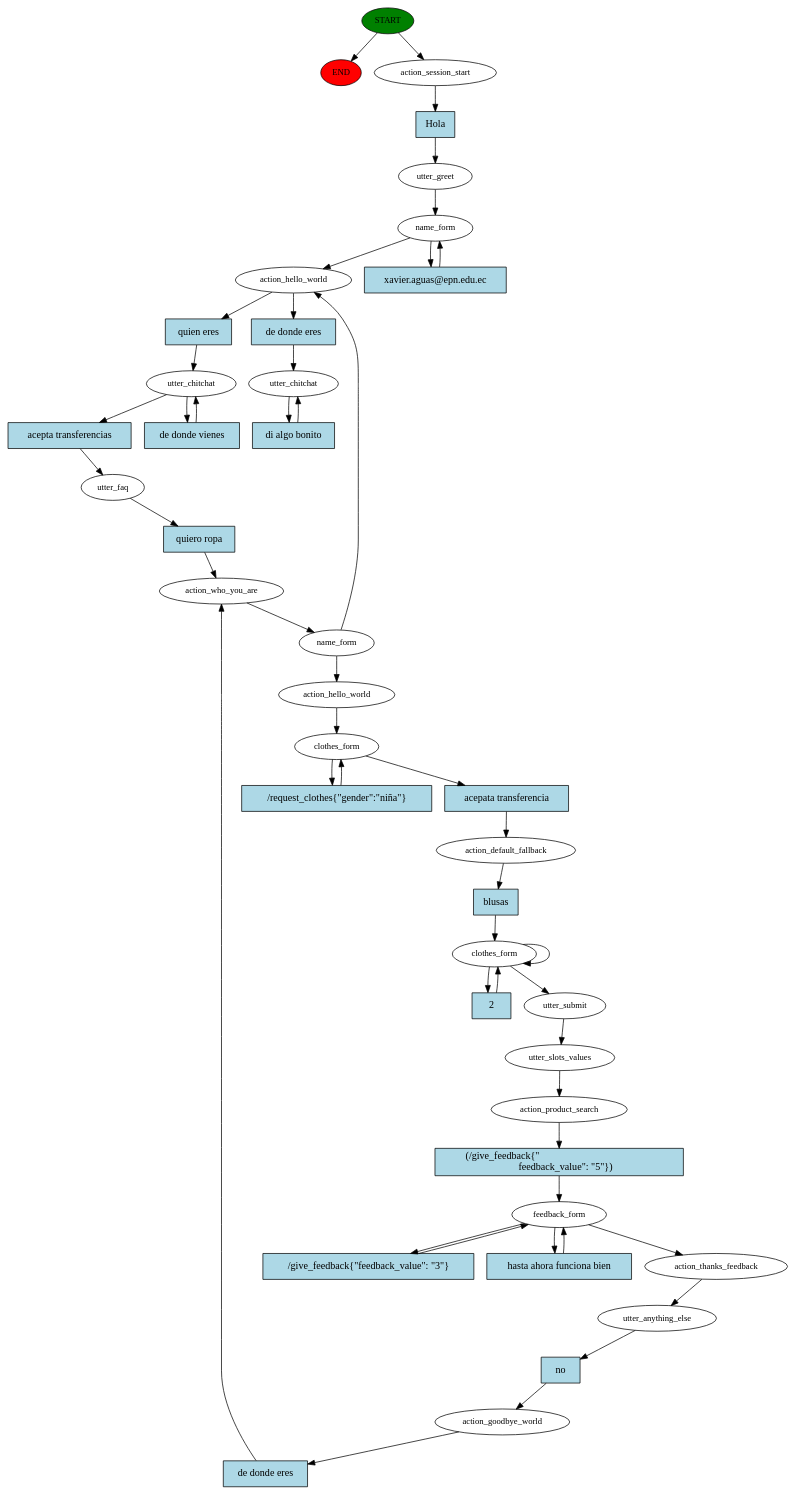
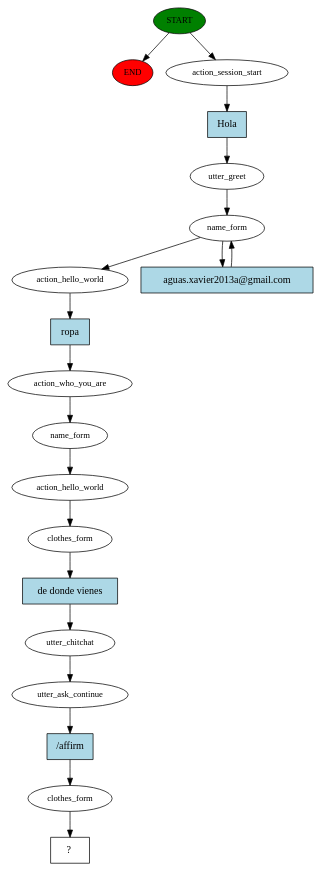
The diagram in story_graph.dot (kabirivan/Ecommerce-Assistant-Jasmine), drawn with Graphviz before and after one commit. The commit also changed 11 other files, not shown here.

```diff
--- a/story_graph.dot
+++ b/story_graph.dot
@@ -1,89 +1,40 @@
 digraph  {
 0 [class="start active", fillcolor=green, fontsize=12, label=START, style=filled];
 "-1" [class=end, fillcolor=red, fontsize=12, label=END, style=filled];
 1 [class=active, fontsize=12, label=action_session_start];
 2 [class=active, fontsize=12, label=utter_greet];
 3 [class=active, fontsize=12, label=name_form];
 6 [class=active, fontsize=12, label=action_hello_world];
-7 [class=active, fontsize=12, label=utter_chitchat];
-9 [class=active, fontsize=12, label=utter_faq];
-10 [class=active, fontsize=12, label=action_who_you_are];
-11 [class=active, fontsize=12, label=name_form];
-12 [class=active, fontsize=12, label=action_hello_world];
+7 [class=active, fontsize=12, label=action_who_you_are];
+8 [class=active, fontsize=12, label=name_form];
+9 [class=active, fontsize=12, label=action_hello_world];
+10 [class=active, fontsize=12, label=clothes_form];
+11 [class=active, fontsize=12, label=utter_chitchat];
+12 [class=active, fontsize=12, label=utter_ask_continue];
 13 [class=active, fontsize=12, label=clothes_form];
-15 [class=active, fontsize=12, label=action_default_fallback];
-16 [class=active, fontsize=12, label=clothes_form];
-23 [class=active, fontsize=12, label=utter_submit];
-24 [class=active, fontsize=12, label=utter_slots_values];
-25 [class=active, fontsize=12, label=action_product_search];
-26 [class=active, fontsize=12, label=feedback_form];
-29 [class=active, fontsize=12, label=action_thanks_feedback];
-30 [class=active, fontsize=12, label=utter_anything_else];
-31 [class=active, fontsize=12, label=action_goodbye_world];
-35 [class="active dashed", fontsize=12, label=utter_chitchat];
-41 [class="intent active", fillcolor=lightblue, label=Hola, shape=rect, style=filled];
-42 [class="intent active", fillcolor=lightblue, label="xavier.aguas@epn.edu.ec", shape=rect, style=filled];
-43 [class="intent active", fillcolor=lightblue, label="quien eres", shape=rect, style=filled];
-44 [class="intent active", fillcolor=lightblue, label="de donde eres", shape=rect, style=filled];
-45 [class="intent active", fillcolor=lightblue, label="acepta transferencias", shape=rect, style=filled];
-46 [class="intent active", fillcolor=lightblue, label="de donde vienes", shape=rect, style=filled];
-47 [class="intent active", fillcolor=lightblue, label="quiero ropa", shape=rect, style=filled];
-48 [class="intent active", fillcolor=lightblue, label="acepata transferencia", shape=rect, style=filled];
-49 [class="intent active", fillcolor=lightblue, label="/request_clothes{\"gender\":\"niña\"}", shape=rect, style=filled];
-50 [class="intent active", fillcolor=lightblue, label=blusas, shape=rect, style=filled];
-51 [class="intent active", fillcolor=lightblue, label=2, shape=rect, style=filled];
-52 [class="intent active", fillcolor=lightblue, label="(/give_feedback{\"                                             \n      feedback_value\": \"5\"})", shape=rect, style=filled];
-53 [class="intent active", fillcolor=lightblue, label="/give_feedback{\"feedback_value\": \"3\"}", shape=rect, style=filled];
-54 [class="intent active", fillcolor=lightblue, label="hasta ahora funciona bien", shape=rect, style=filled];
-55 [class="intent active", fillcolor=lightblue, label=no, shape=rect, style=filled];
-56 [class="intent active", fillcolor=lightblue, label="de donde eres", shape=rect, style=filled];
-57 [class="intent active", fillcolor=lightblue, label="di algo bonito", shape=rect, style=filled];
+14 [class="intent dashed active", label="  ?  ", shape=rect];
+15 [class="intent active", fillcolor=lightblue, label=Hola, shape=rect, style=filled];
+16 [class="intent active", fillcolor=lightblue, label="aguas.xavier2013a@gmail.com", shape=rect, style=filled];
+17 [class="intent active", fillcolor=lightblue, label=ropa, shape=rect, style=filled];
+18 [class="intent active", fillcolor=lightblue, label="de donde vienes", shape=rect, style=filled];
+19 [class="intent active", fillcolor=lightblue, label="/affirm", shape=rect, style=filled];
 0 -> "-1"  [class="", key=NONE, label=""];
 0 -> 1  [class=active, key=NONE, label=""];
-1 -> 41  [class=active, key=0];
+1 -> 15  [class=active, key=0];
 2 -> 3  [class=active, key=NONE, label=""];
 3 -> 6  [class=active, key=NONE, label=""];
-3 -> 42  [class=active, key=0];
-6 -> 43  [class=active, key=0];
-6 -> 44  [class=active, key=0];
-7 -> 45  [class=active, key=0];
-7 -> 46  [class=active, key=0];
-9 -> 47  [class=active, key=0];
-10 -> 11  [class=active, key=NONE, label=""];
+3 -> 16  [class=active, key=0];
+6 -> 17  [class=active, key=0];
+7 -> 8  [class=active, key=NONE, label=""];
+8 -> 9  [class=active, key=NONE, label=""];
+9 -> 10  [class=active, key=NONE, label=""];
+10 -> 18  [class=active, key=0];
 11 -> 12  [class=active, key=NONE, label=""];
-11 -> 6  [class=active, key=NONE, label=""];
-12 -> 13  [class=active, key=NONE, label=""];
-13 -> 48  [class=active, key=0];
-13 -> 49  [class=active, key=0];
-15 -> 50  [class=active, key=0];
-16 -> 16  [class=active, key=NONE, label=""];
-16 -> 23  [class=active, key=NONE, label=""];
-16 -> 51  [class=active, key=0];
-23 -> 24  [class=active, key=NONE, label=""];
-24 -> 25  [class=active, key=NONE, label=""];
-25 -> 52  [class=active, key=0];
-26 -> 29  [class=active, key=NONE, label=""];
-26 -> 53  [class=active, key=0];
-26 -> 54  [class=active, key=0];
-29 -> 30  [class=active, key=NONE, label=""];
-30 -> 55  [class=active, key=0];
-31 -> 56  [class=active, key=0];
-35 -> 57  [class=active, key=0];
-41 -> 2  [class=active, key=0];
-42 -> 3  [class=active, key=0];
-43 -> 7  [class=active, key=0];
-44 -> 35  [class=active, key=0];
-45 -> 9  [class=active, key=0];
-46 -> 7  [class=active, key=0];
-47 -> 10  [class=active, key=0];
-48 -> 15  [class=active, key=0];
-49 -> 13  [class=active, key=0];
-50 -> 16  [class=active, key=0];
-51 -> 16  [class=active, key=0];
-52 -> 26  [class=active, key=0];
-53 -> 26  [class=active, key=0];
-54 -> 26  [class=active, key=0];
-55 -> 31  [class=active, key=0];
-56 -> 10  [class=active, key=0];
-57 -> 35  [class=active, key=0];
+12 -> 19  [class=active, key=0];
+13 -> 14  [class=active, key=NONE, label=""];
+15 -> 2  [class=active, key=0];
+16 -> 3  [class=active, key=0];
+17 -> 7  [class=active, key=0];
+18 -> 11  [class=active, key=0];
+19 -> 13  [class=active, key=0];
 }
```
